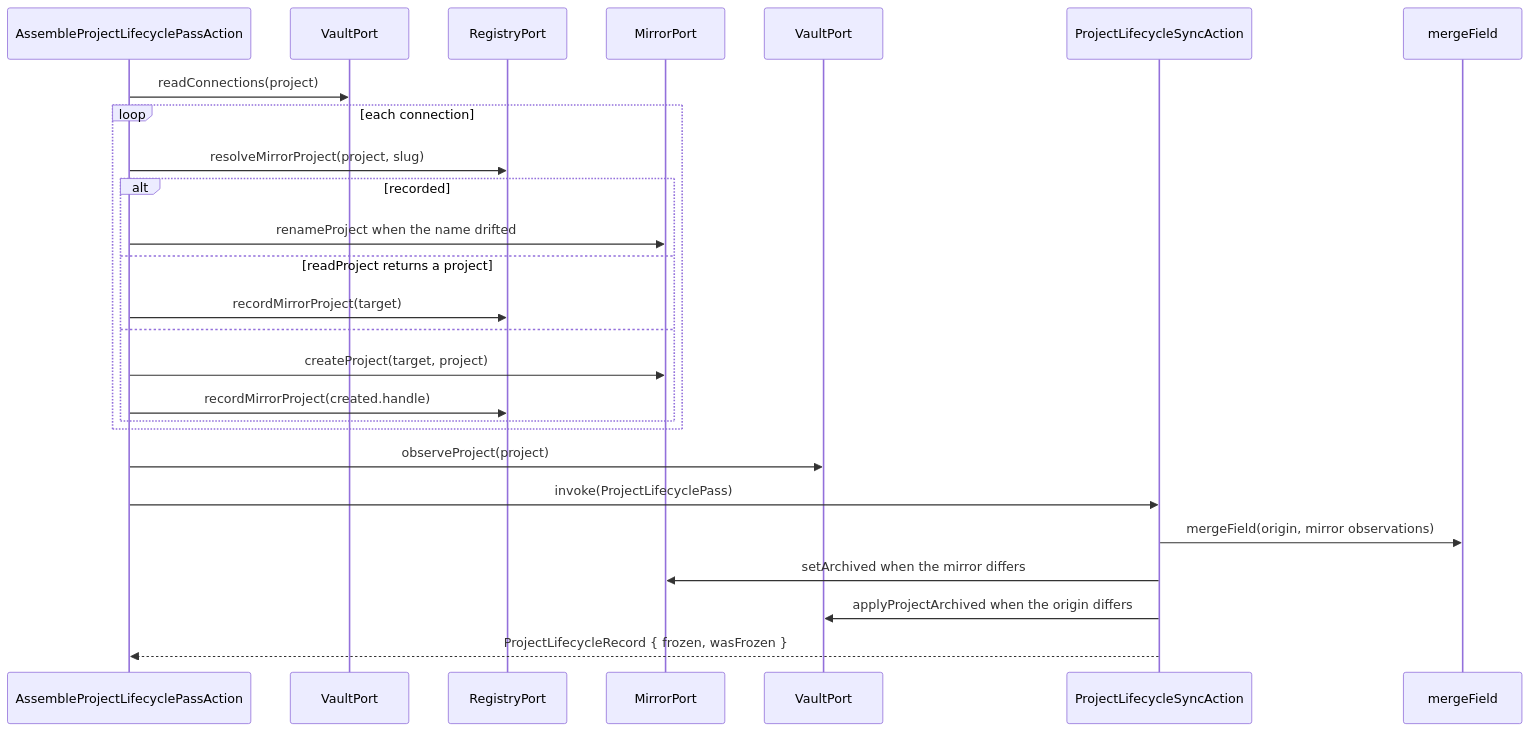
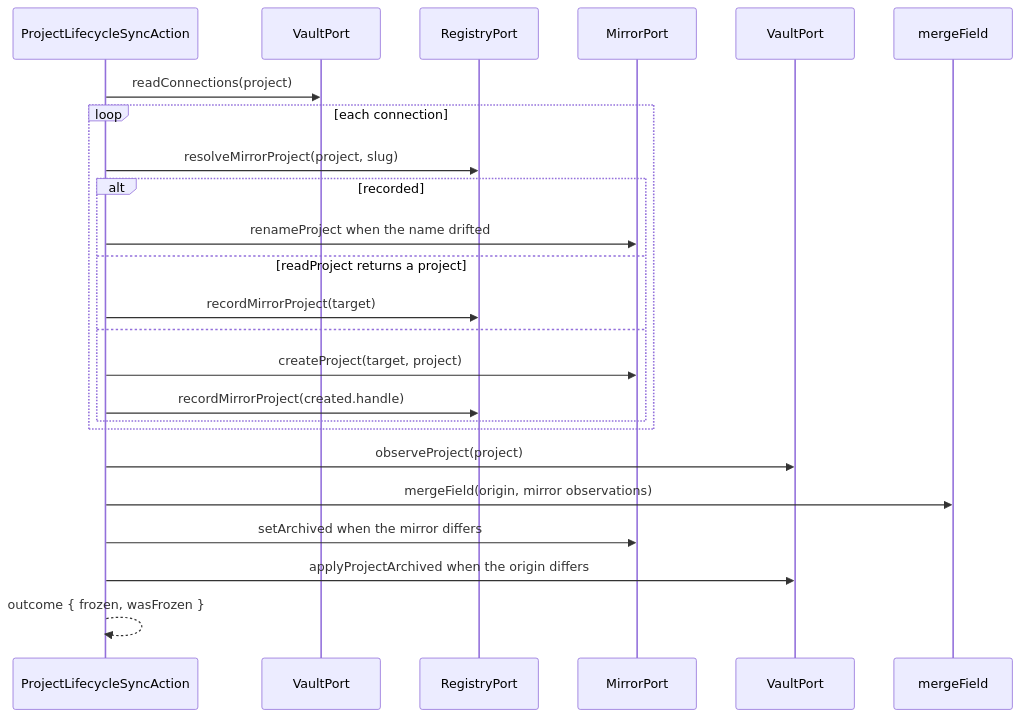
Before and after one commit to 99linesofcode/obsidian-project-management: the sixth of 17 diagrams in docs/developer-manual.md, drawn with Mermaid. The commit also changed other lines of this file and 31 other files, not shown here.

````diff
--- a/docs/developer-manual.md
+++ b/docs/developer-manual.md
@@ -406,29 +377,27 @@
 ```mermaid
 sequenceDiagram
-  participant A as AssembleProjectLifecyclePassAction
+  participant A as ProjectLifecycleSyncAction
   participant PS as VaultPort
   participant MP as RegistryPort
   participant R as MirrorPort
   participant O as VaultPort
-  participant LS as ProjectLifecycleSyncAction
   participant MF as mergeField
 
   A->>PS: readConnections(project)
   loop each connection
     A->>MP: resolveMirrorProject(project, slug)
     alt recorded
       A->>R: renameProject when the name drifted
     else readProject returns a project
       A->>MP: recordMirrorProject(target)
     else
       A->>R: createProject(target, project)
       A->>MP: recordMirrorProject(created.handle)
     end
   end
   A->>O: observeProject(project)
-  A->>LS: invoke(ProjectLifecyclePass)
-  LS->>MF: mergeField(origin, mirror observations)
-  LS->>R: setArchived when the mirror differs
-  LS->>O: applyProjectArchived when the origin differs
-  LS-->>A: ProjectLifecycleRecord { frozen, wasFrozen }
+  A->>MF: mergeField(origin, mirror observations)
+  A->>R: setArchived when the mirror differs
+  A->>O: applyProjectArchived when the origin differs
+  A-->>A: outcome { frozen, wasFrozen }
 ```
````
